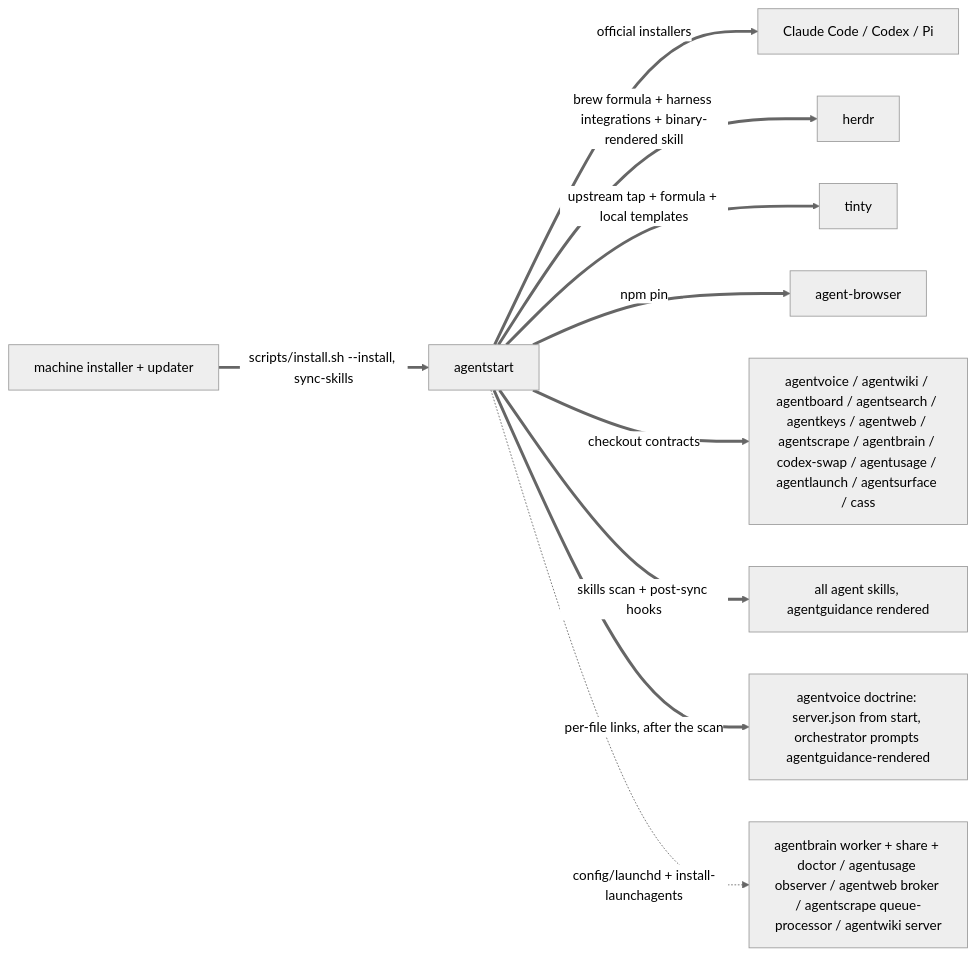
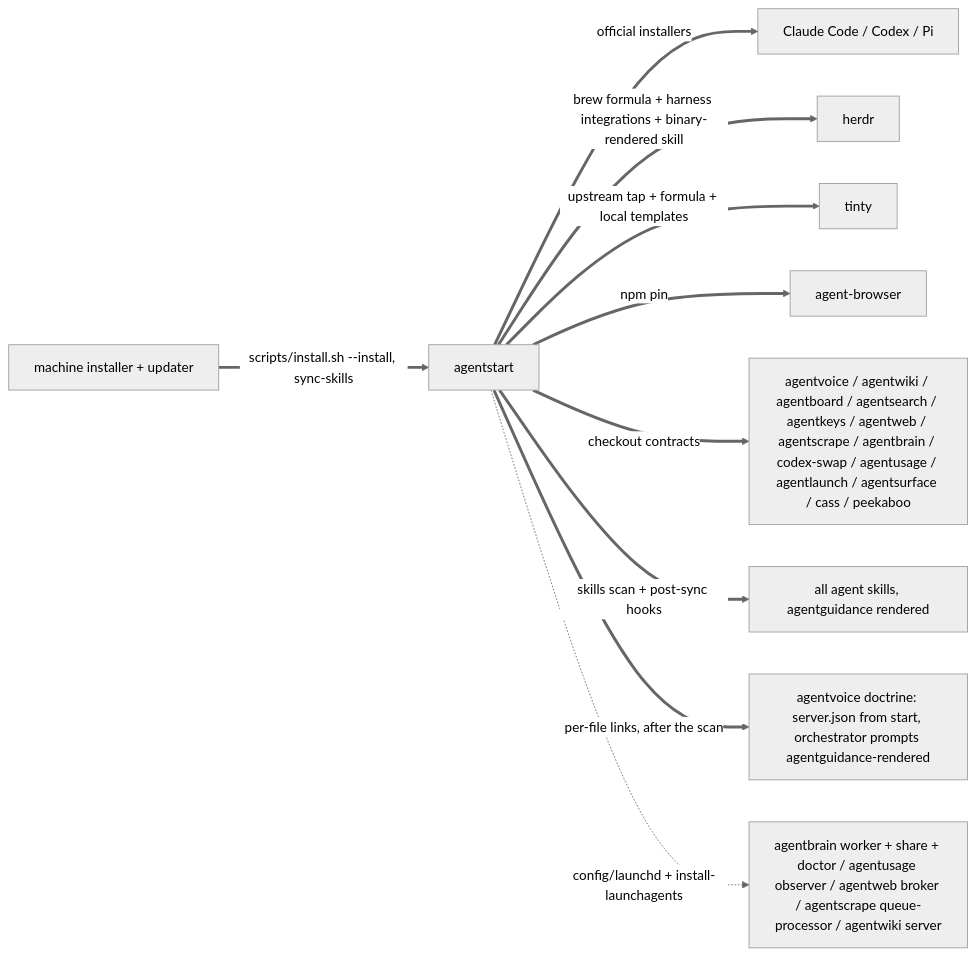
The second of 3 diagrams in skills/fleet/MAP.md (possibilities/agentdots), drawn with Mermaid (neutral theme) before and after one commit. The commit also changed other lines of this file and 4 other files, not shown here.

````diff
--- a/skills/fleet/MAP.md
+++ b/skills/fleet/MAP.md
@@ -81,15 +81,15 @@
 ```mermaid
 flowchart LR
     machine[machine installer + updater]
     start[agentstart]
 
     machine ==>|scripts/install.sh --install, sync-skills| start
     start ==>|official installers| harnesses[Claude Code / Codex / Pi]
     start ==>|brew formula + harness integrations + binary-rendered skill| herdrInstall[herdr]
     start ==>|upstream tap + formula + local templates| tinty[tinty]
     start ==>|npm pin| browser[agent-browser]
-    start ==>|checkout contracts| fleet[agentvoice / agentwiki / agentboard / agentsearch / agentkeys / agentweb / agentscrape / agentbrain / codex-swap / agentusage / agentlaunch / agentsurface / cass]
+    start ==>|checkout contracts| fleet[agentvoice / agentwiki / agentboard / agentsearch / agentkeys / agentweb / agentscrape / agentbrain / codex-swap / agentusage / agentlaunch / agentsurface / cass / peekaboo]
     start ==>|skills scan + post-sync hooks| skills[all agent skills, agentguidance rendered]
     start ==>|per-file links, after the scan| voiceDoctrine[agentvoice doctrine: server.json from start, orchestrator prompts agentguidance-rendered]
     start -.->|config/launchd + install-launchagents| services[agentbrain worker + share + doctor / agentusage observer / agentweb broker / agentscrape queue-processor / agentwiki server]
 ```
````
